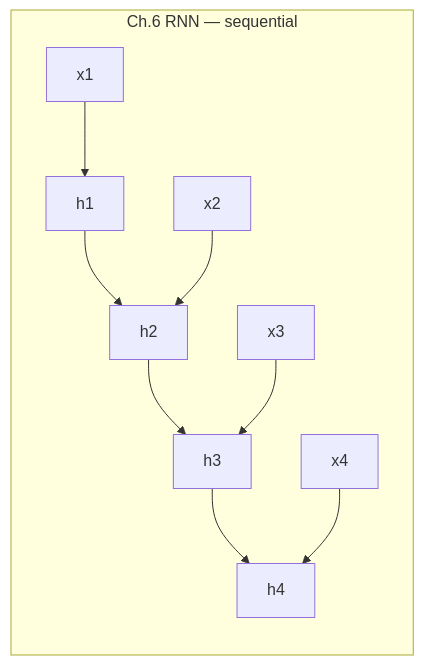
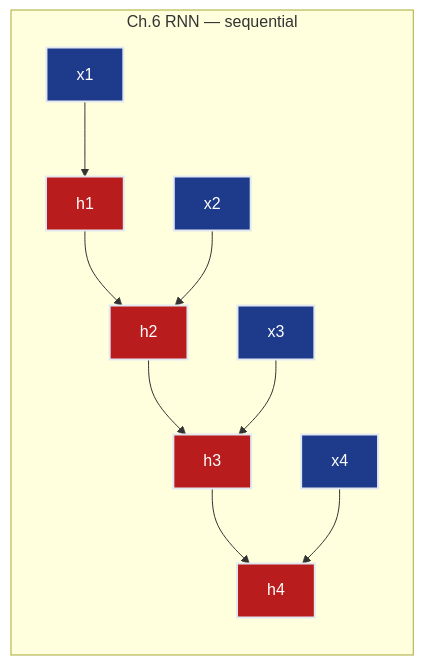
Before and after one commit to deepakshamsft/ai-portfolio: the first of 4 diagrams in notes/ML/03_neural_networks/ch09_sequences_to_attention/README.md, drawn with Mermaid. The commit also changed other lines of this file and 41 other files, not shown here.

````diff
--- a/notes/ML/03_neural_networks/ch09_sequences_to_attention/README.md
+++ b/notes/ML/03_neural_networks/ch09_sequences_to_attention/README.md
@@ -210,9 +219,18 @@
 ```mermaid
 flowchart LR
- subgraph RNN["Ch.6 RNN — sequential"]
- X1["x1"] --> H1["h1"] --> H2["h2"] --> H3["h3"] --> H4["h4"]
- X2["x2"] --> H2
- X3["x3"] --> H3
- X4["x4"] --> H4
- end
+    subgraph RNN["Ch.6 RNN — sequential"]
+        X1["x1"] --> H1["h1"] --> H2["h2"] --> H3["h3"] --> H4["h4"]
+        X2["x2"] --> H2
+        X3["x3"] --> H3
+        X4["x4"] --> H4
+    end
+    
+    style X1 fill:#1e3a8a,stroke:#e2e8f0,stroke-width:2px,color:#ffffff
+    style X2 fill:#1e3a8a,stroke:#e2e8f0,stroke-width:2px,color:#ffffff
+    style X3 fill:#1e3a8a,stroke:#e2e8f0,stroke-width:2px,color:#ffffff
+    style X4 fill:#1e3a8a,stroke:#e2e8f0,stroke-width:2px,color:#ffffff
+    style H1 fill:#b91c1c,stroke:#e2e8f0,stroke-width:2px,color:#ffffff
+    style H2 fill:#b91c1c,stroke:#e2e8f0,stroke-width:2px,color:#ffffff
+    style H3 fill:#b91c1c,stroke:#e2e8f0,stroke-width:2px,color:#ffffff
+    style H4 fill:#b91c1c,stroke:#e2e8f0,stroke-width:2px,color:#ffffff
 ```
````
